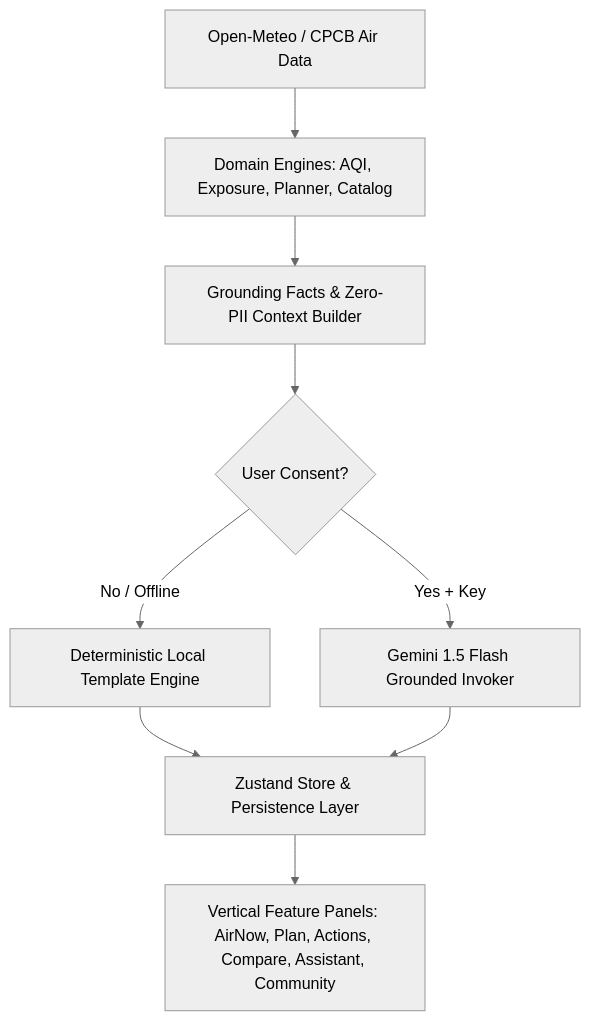
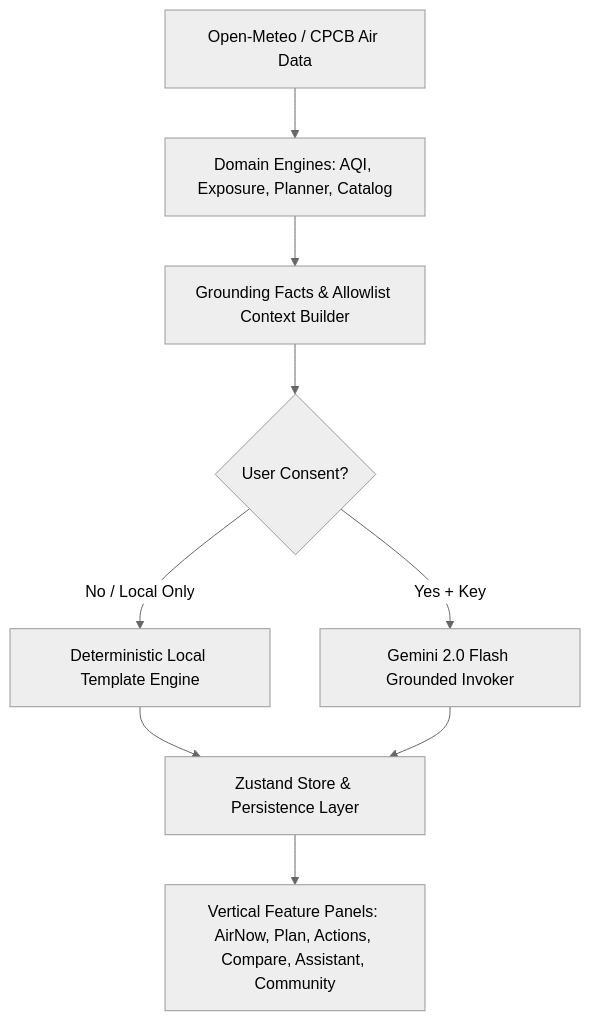
One commit to akshayjadhav237237-cmd/clearbreath changed the diagram in README.md. Above: the diagram before and after it, drawn with Mermaid (neutral theme). The commit also changed other lines of this file and 8 other files, not shown here.

````diff
--- a/README.md
+++ b/README.md
@@ -27,11 +27,11 @@
 ```mermaid
 graph TD
   A[Open-Meteo / CPCB Air Data] --> B[Domain Engines: AQI, Exposure, Planner, Catalog]
-  B --> C[Grounding Facts & Zero-PII Context Builder]
+  B --> C[Grounding Facts & Allowlist Context Builder]
   C --> D{User Consent?}
-  D -- No / Offline --> E[Deterministic Local Template Engine]
-  D -- Yes + Key --> F[Gemini 1.5 Flash Grounded Invoker]
+  D -- No / Local Only --> E[Deterministic Local Template Engine]
+  D -- Yes + Key --> F[Gemini 2.0 Flash Grounded Invoker]
   E --> G[Zustand Store & Persistence Layer]
   F --> G
   G --> H[Vertical Feature Panels: AirNow, Plan, Actions, Compare, Assistant, Community]
 ```
````
